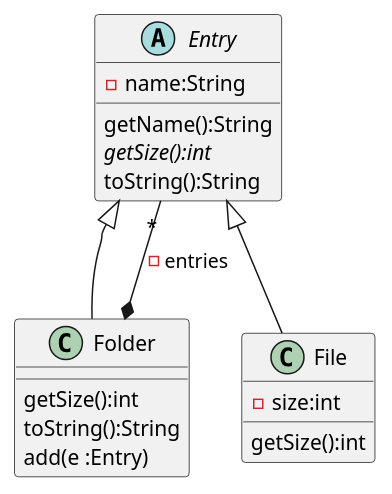
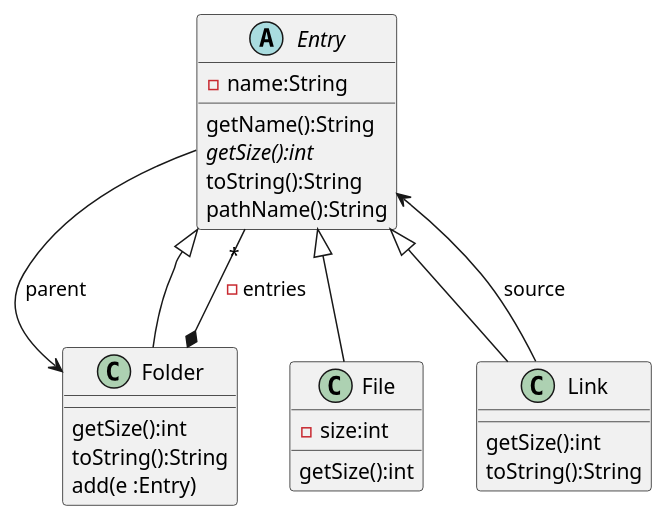
One commit to isel-leic-poo/20-21-1-LI21N changed the diagram in List/src/isel/poo/fs/FSClass.puml. Above: the diagram before and after it, drawn with PlantUML. The commit also changed 7 other files, not shown here.

```diff
--- a/List/src/isel/poo/fs/FSClass.puml
+++ b/List/src/isel/poo/fs/FSClass.puml
@@ -1,27 +1,35 @@
 @startuml
 
 abstract class Entry {
   -name:String
   getName():String
   {abstract} getSize():int
   toString():String
-  'pathName():String
+  pathName():String
 }
+
+Entry --> Folder : parent
 
 class Folder {
   getSize():int
   toString():String
   add(e :Entry)
 }
 
 class File {
   -size:int
   getSize():int
 }
 
 Folder *-- "*" Entry : -entries
 Entry <|-- File
 Entry <|-- Folder :"     "
 
+class Link {
+  getSize():int
+  toString():String
+}
+Entry <|-- Link
+Entry <-- Link :source
 
 @enduml
```
